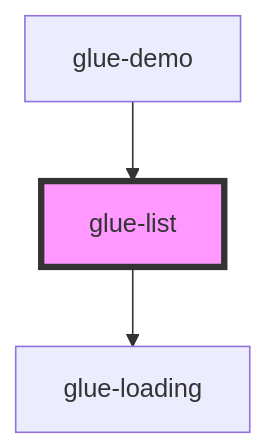
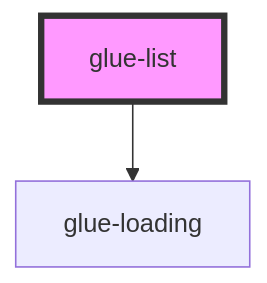
One commit to grasilife/glue changed the diagram in packages/glue-components/src/components/glue-list/readme.md. Above: the diagram before and after it, drawn with Mermaid. The commit also changed other lines of this file and 7 other files, not shown here.

````diff
--- a/packages/glue-components/src/components/glue-list/readme.md
+++ b/packages/glue-components/src/components/glue-list/readme.md
@@ -55,6 +51,5 @@
 ```mermaid
 graph TD;
   glue-list --> glue-loading
-  glue-demo --> glue-list
   style glue-list fill:#f9f,stroke:#333,stroke-width:4px
 ```
````
